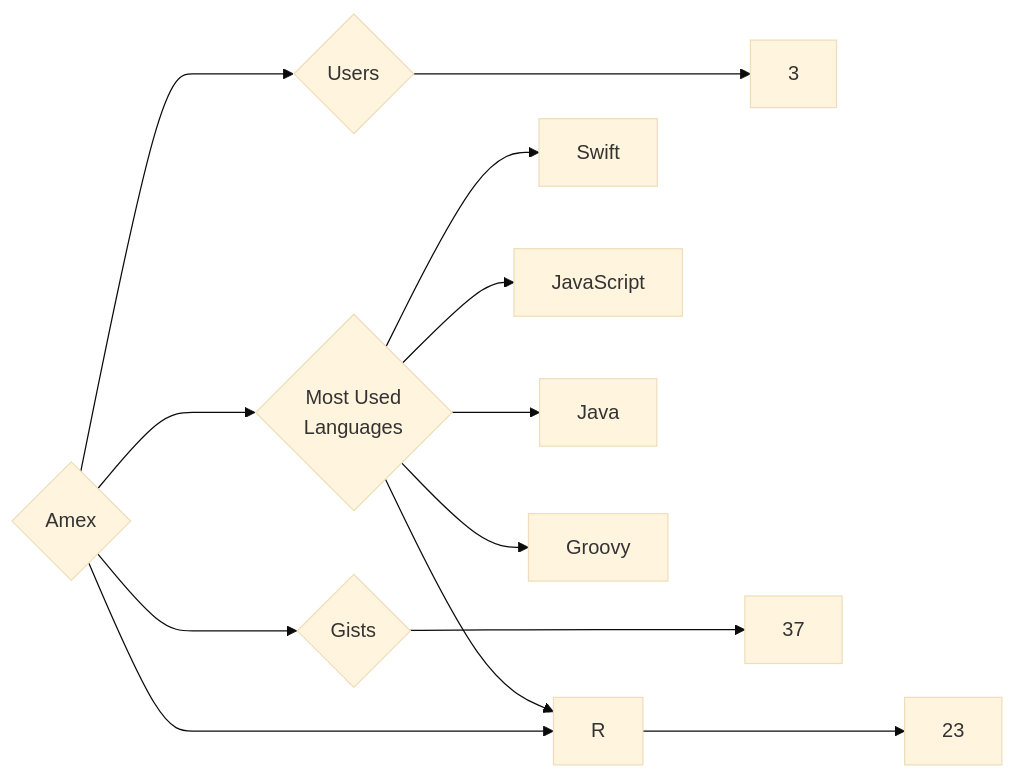
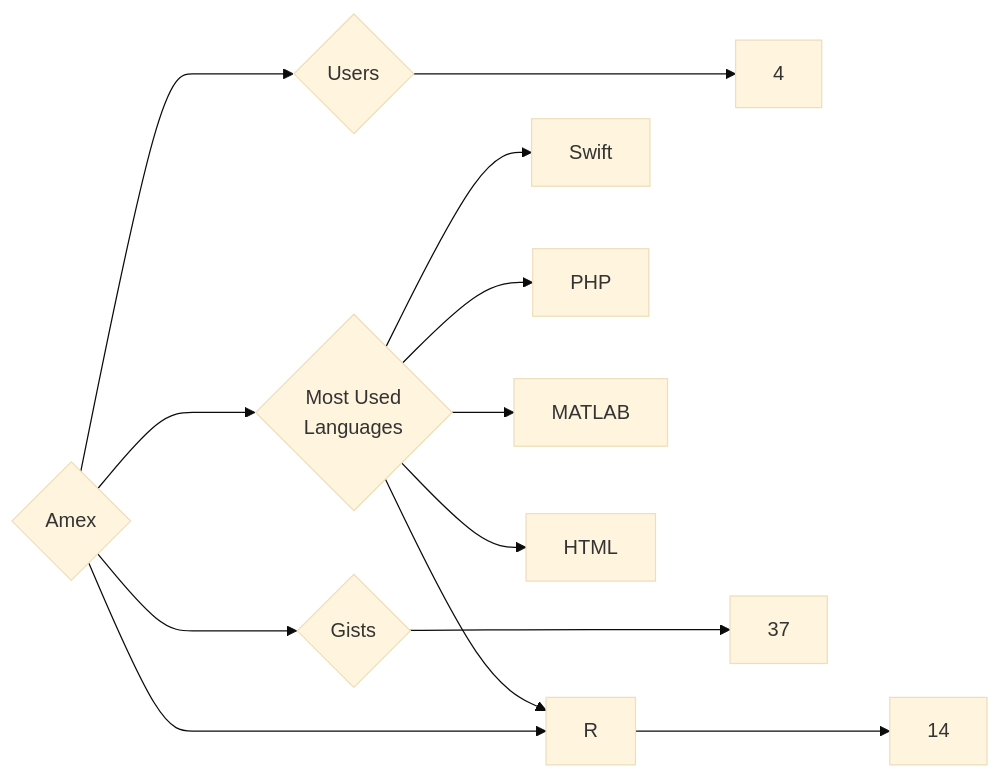
Before and after one commit to trickest/insiders: the diagram in targets/Amex/README.md, drawn with Mermaid (base theme). The commit also changed 1030 other files, not shown here.

````diff
--- a/targets/Amex/README.md
+++ b/targets/Amex/README.md
@@ -3,13 +3,13 @@
 ```mermaid
 graph LR
 COMPANY_NAME{Amex}
-COMPANY_NAME ---> U{Users} ---> UN[3]
-COMPANY_NAME ---> R{Repositories} ---> RN[23]
+COMPANY_NAME ---> U{Users} ---> UN[4]
+COMPANY_NAME ---> R{Repositories} ---> RN[14]
 COMPANY_NAME ---> G{Gists} ---> GN[37]
 COMPANY_NAME ---> ML{Most Used<br>Languages}
 ML --> Swift[Swift]
-ML --> JavaScript[JavaScript]
-ML --> Java[Java]
 ML --> R[R]
-ML --> Groovy[Groovy]
+ML --> PHP[PHP]
+ML --> MATLAB[MATLAB]
+ML --> HTML[HTML]
 ```
````
